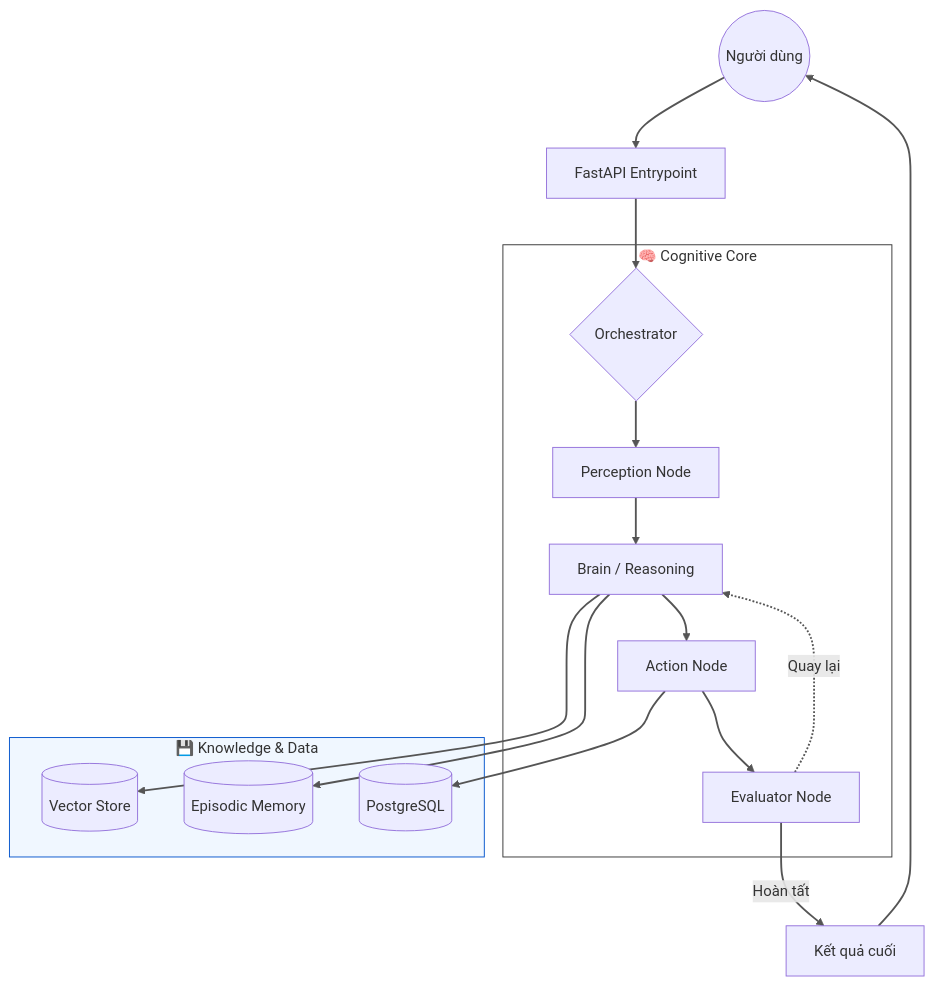
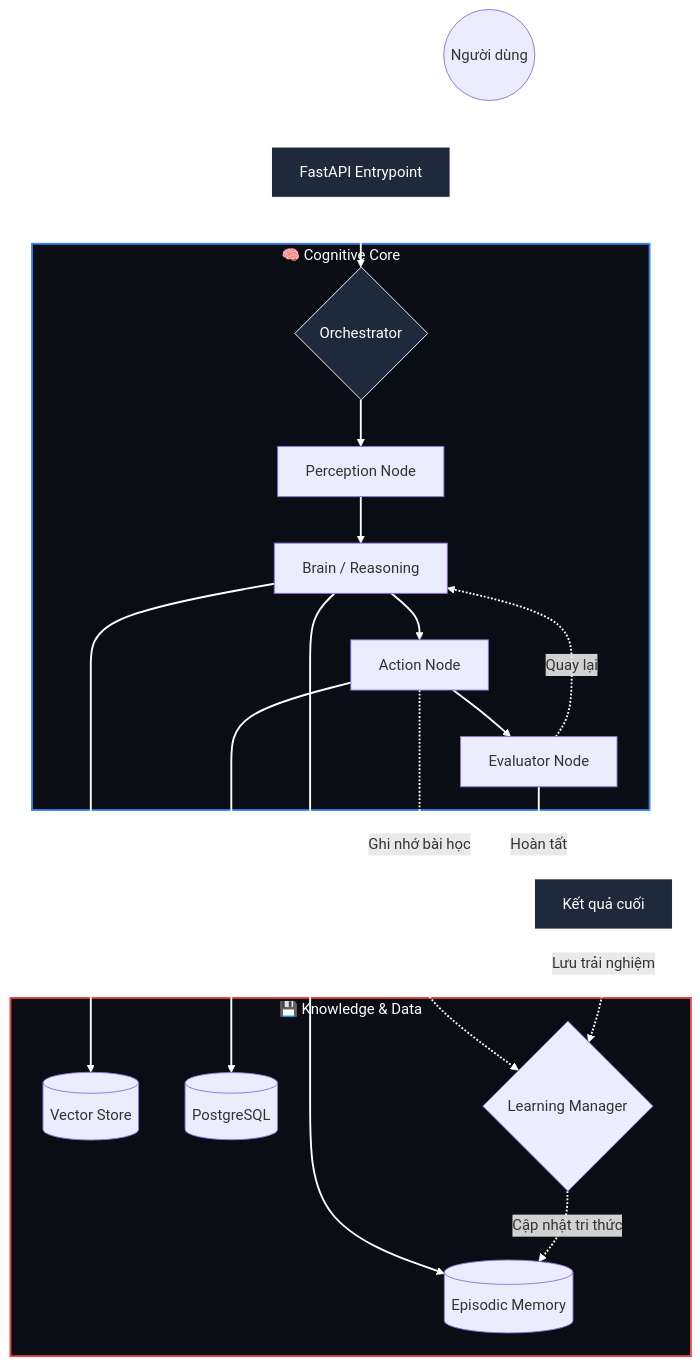
One commit to phunhph/agentic_ai changed the diagram in README.md. Above: the diagram before and after it, drawn with Mermaid. The commit also changed other lines of this file, not shown here.

Commit message:
update md

````diff
--- a/README.md
+++ b/README.md
@@ -15,30 +15,37 @@
 ```mermaid
 graph TD
     User((Người dùng)) --> API[FastAPI Entrypoint]
     API --> Orch{Orchestrator}
 
     subgraph agent [🧠 Cognitive Core]
         Orch --> Perc[Perception Node]
         Perc --> Brain[Brain / Reasoning]
         Brain --> Act[Action Node]
         Act --> Eval[Evaluator Node]
         Eval -.->|Quay lại| Brain
     end
 
     subgraph storage [💾 Knowledge & Data]
         RAG[(Vector Store)]
         Mem[(Episodic Memory)]
         DB[(PostgreSQL)]
+        Learn{Learning Manager}
     end
 
     Brain ==> RAG
     Brain ==> Mem
     Act ==> DB
+    Act -.->|Ghi nhớ bài học| Learn
     Eval ==>|Hoàn tất| Final[Kết quả cuối]
+    Final -.->|Lưu trải nghiệm| Learn
+    Learn -.->|Cập nhật tri thức| Mem
     Final --> User
 
-    %% Styling for visibility
-    linkStyle default stroke:#555,stroke-width:2px
-    style agent fill:#fff,stroke:#333,stroke-width:1px
-    style storage fill:#f0f7ff,stroke:#0052cc,stroke-width:1px
+    %% Styling for Dark Mode visibility
+    linkStyle default stroke:#fff,stroke-width:2px
+    style agent fill:#0a0d14,stroke:#3b82f6,stroke-width:2px,color:#fff
+    style storage fill:#0a0d14,stroke:#ef4444,stroke-width:2px,color:#fff
+    style API fill:#1e293b,stroke:#fff,stroke-width:1px,color:#fff
+    style Orch fill:#1e293b,stroke:#fff,stroke-width:1px,color:#fff
+    style Final fill:#1e293b,stroke:#fff,stroke-width:1px,color:#fff
 ```
````
